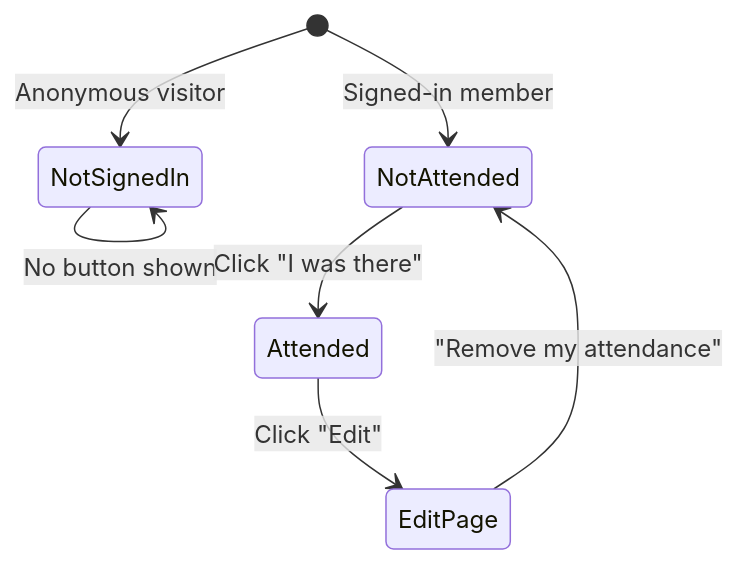
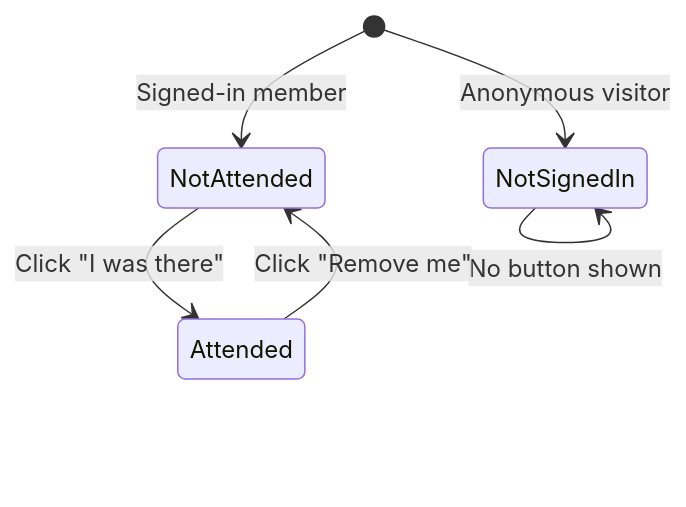
The third of 3 diagrams in docs/features/attendance.md (michaellambgelo/jxnfilmclub), drawn with Mermaid before and after one commit. The commit also changed other lines of this file and 7 other files, not shown here.

````diff
--- a/docs/features/attendance.md
+++ b/docs/features/attendance.md
@@ -53,11 +48,9 @@
 ```mermaid
 stateDiagram-v2
     [*] --> NotSignedIn: Anonymous visitor
-
     NotSignedIn --> NotSignedIn: No button shown
 
     [*] --> NotAttended: Signed-in member
     NotAttended --> Attended: Click "I was there"
-    Attended --> EditPage: Click "Edit"
-    EditPage --> NotAttended: "Remove my attendance"
+    Attended --> NotAttended: Click "Remove me"
 ```
````
